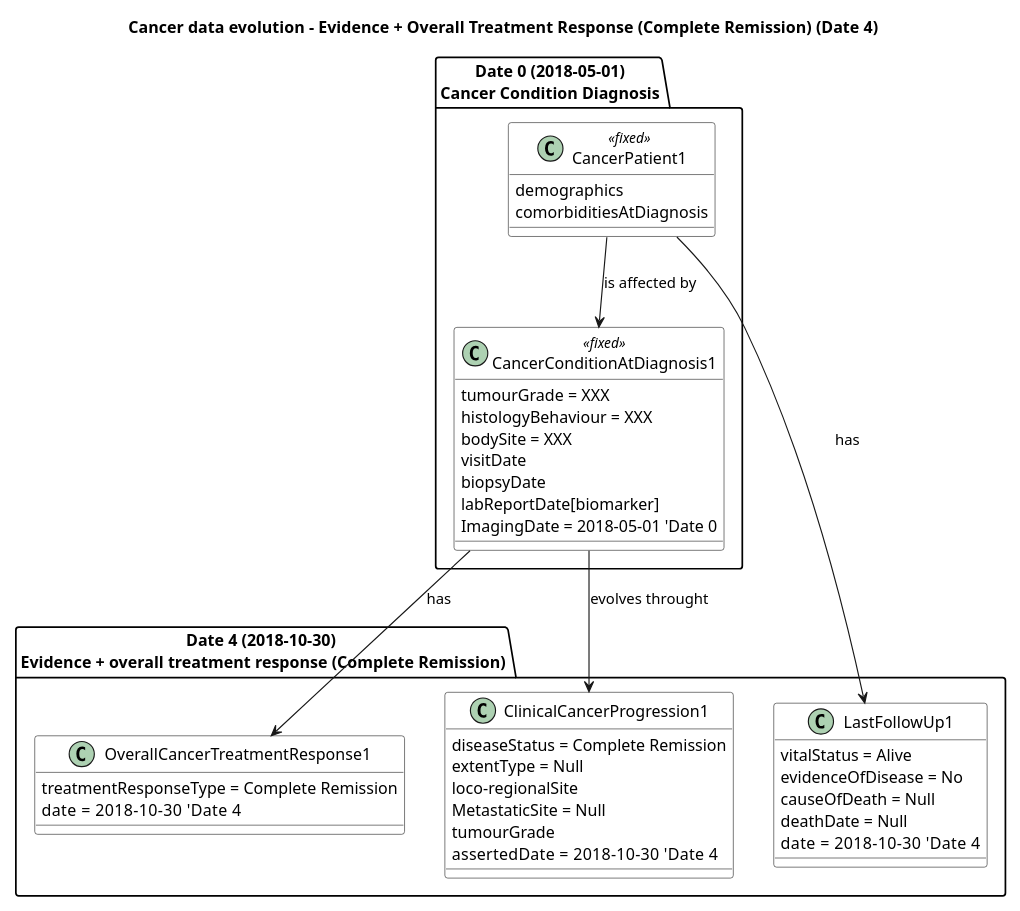
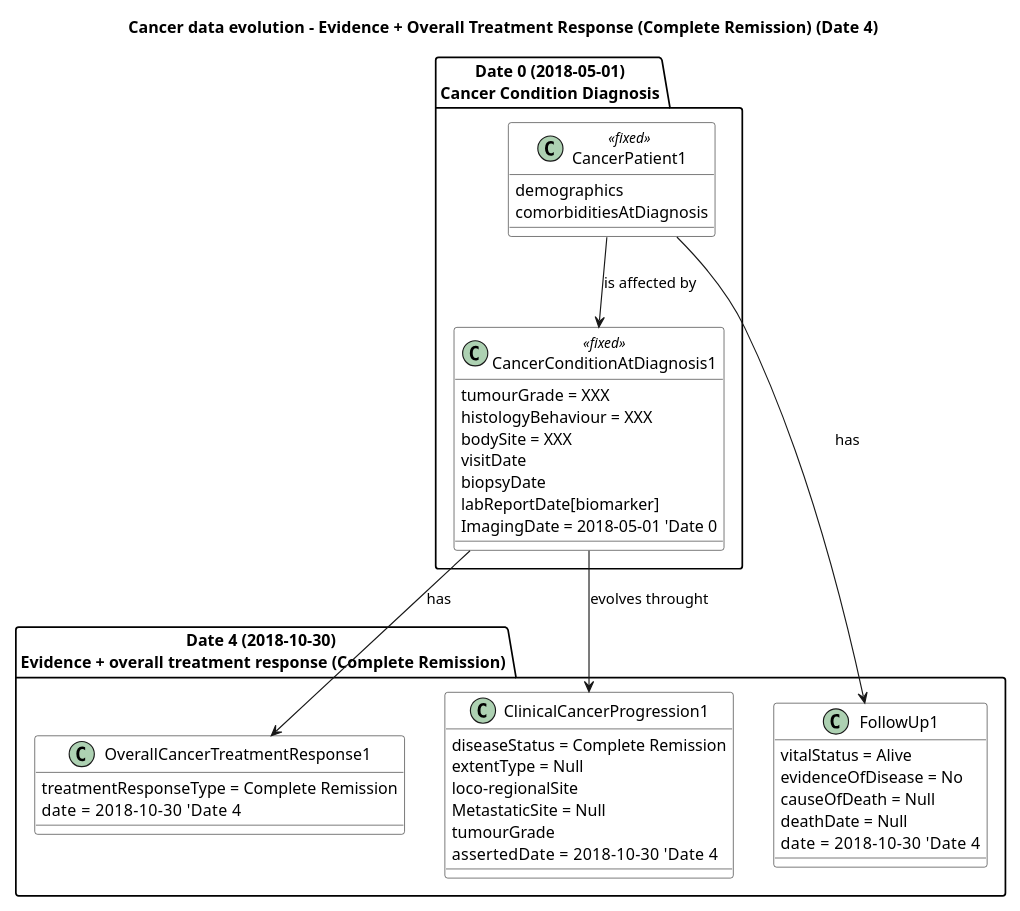
One commit to hl7-eu/cancer-common changed the diagram in input/images-source/CancerDataEvolution2.plantuml. Above: the diagram before and after it, drawn with PlantUML. The commit also changed 45 other files, not shown here.

Commit message:
FHIR-58024 | Rename LastFollowUp → FollowUp

```diff
--- a/input/images-source/CancerDataEvolution2.plantuml
+++ b/input/images-source/CancerDataEvolution2.plantuml
@@ -1,61 +1,61 @@
 @startuml
 title Cancer data evolution – Evidence + Overall Treatment Response (Complete Remission) (Date 4)
 
 skinparam class {
   BackgroundColor White
 }
 
 scale 0.8
 
 ' ===========================================
 ' DATE 0 – initial capture (conceptual record)
 ' ===========================================
 package "Date 0 (2018-05-01)\nCancer Condition Diagnosis" {
   class CancerPatient1 <<fixed>> {
     demographics
     comorbiditiesAtDiagnosis
   }
   
   class CancerConditionAtDiagnosis1 <<fixed>> {
     tumourGrade = XXX
     histologyBehaviour = XXX
     bodySite = XXX
     visitDate 
     biopsyDate 
     labReportDate[biomarker] 
     ImagingDate = 2018-05-01 'Date 0
   }
 }
 
 ' Links inside Date 0
 CancerPatient1 --> CancerConditionAtDiagnosis1 : is affected by
 
 package "Date 4 (2018-10-30) \nEvidence + overall treatment response (Complete Remission)" {
   class OverallCancerTreatmentResponse1 {
     treatmentResponseType = Complete Remission
     date = 2018-10-30   'Date 4
   }
 
-  class LastFollowUp1 {
+  class FollowUp1 {
      vitalStatus = Alive
      evidenceOfDisease = No
      causeOfDeath = Null
      deathDate = Null
      date = 2018-10-30   'Date 4
   }
 
   class ClinicalCancerProgression1 {
     diseaseStatus = Complete Remission
     extentType = Null
     loco-regionalSite
     MetastaticSite = Null
     tumourGrade
     assertedDate = 2018-10-30   'Date 4
   }
 }
 
 CancerConditionAtDiagnosis1 --> OverallCancerTreatmentResponse1 : has
-CancerPatient1 --> LastFollowUp1 : has
+CancerPatient1 --> FollowUp1 : has
 CancerConditionAtDiagnosis1 --> ClinicalCancerProgression1 : evolves throught
 
 @enduml
```
